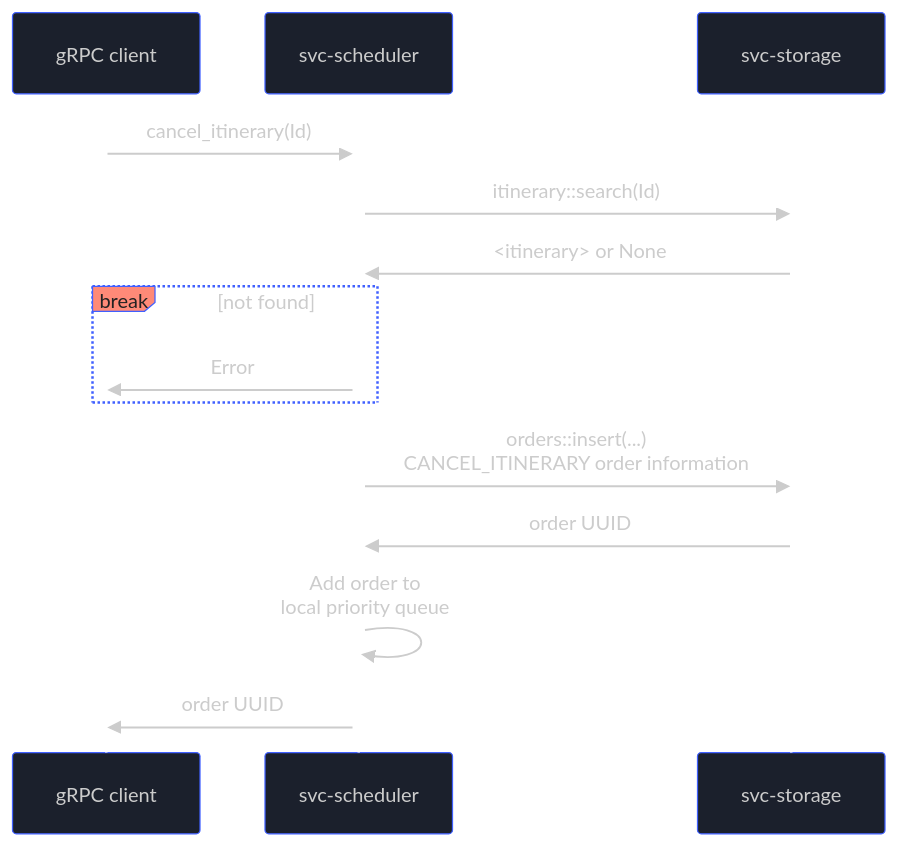
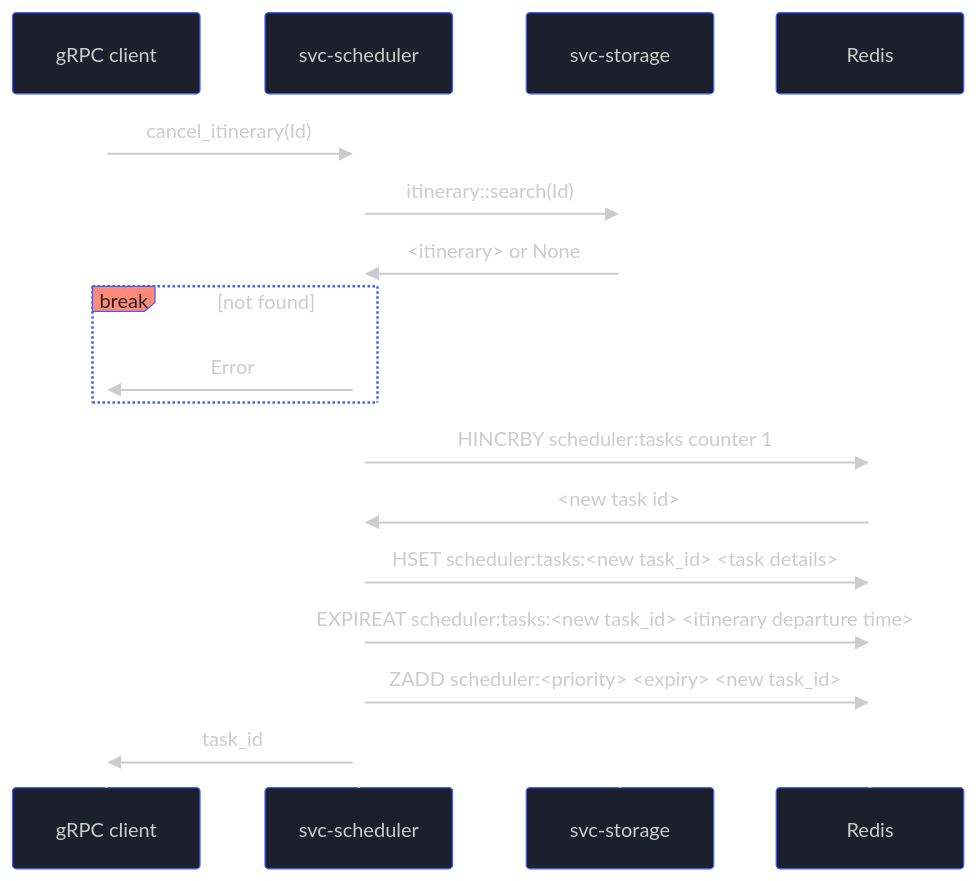
The sixth of 9 diagrams in docs/sdd.md (aetheric-oss/svc-scheduler), drawn with Mermaid before and after one commit. The commit also changed other lines of this file and 2 other files, not shown here.

Commit message:
chore: revise design using redis

````diff
--- a/docs/sdd.md
+++ b/docs/sdd.md
@@ -413,37 +380,41 @@
 ```mermaid
 %%{
   init: {
     'theme': 'base',
     'themeVariables': {
       'primaryColor': '#1B202C',
       'primaryBorderColor': '#4060FF',
       'primaryTextColor': '#CCC',
       'actorLineColor': '#fff',
       'labelBoxBkgColor': '#FF8A78',
       'labelTextColor': '#222',
       'sequenceNumberColor': '#1B202C',
       'noteBkgColor': '#D6D6D6',
       'noteTextColor': '#222',
       'activationBkgColor': '#FF8A78'
     }
   }
 }%%
 sequenceDiagram
     participant grpc_client as gRPC client
     participant scheduler as svc-scheduler
     participant storage as svc-storage
+    participant redis as Redis
 
     grpc_client->>+scheduler: cancel_itinerary(Id)
 
     scheduler->>storage: itinerary::search(Id)
     storage->>scheduler: <itinerary> or None
 
     break not found
         scheduler->>grpc_client: Error
     end
 
-    scheduler->>storage: orders::insert(...)<br>CANCEL_ITINERARY order information
-    storage->>scheduler: order UUID
-    scheduler->>scheduler: Add order to<br>local priority queue
-    scheduler->>grpc_client: order UUID
+    scheduler->>redis: HINCRBY scheduler:tasks counter 1
+    redis->>scheduler: <new task id>
+    
+    scheduler->>redis: HSET scheduler:tasks:<new task_id> <task details>
+    scheduler->>redis: EXPIREAT scheduler:tasks:<new task_id> <itinerary departure time>
+    scheduler->>redis: ZADD scheduler:<priority> <expiry> <new task_id>
+    scheduler->>grpc_client: task_id
 ```
````
